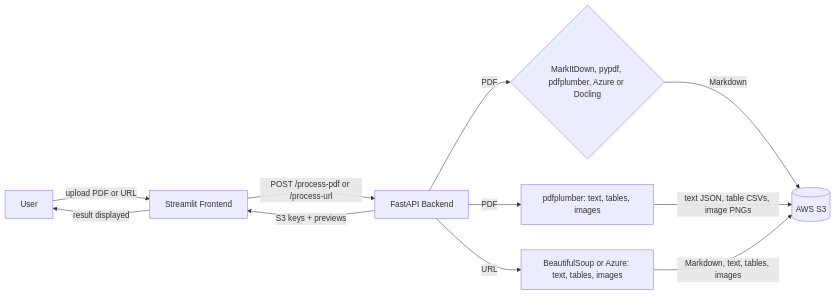
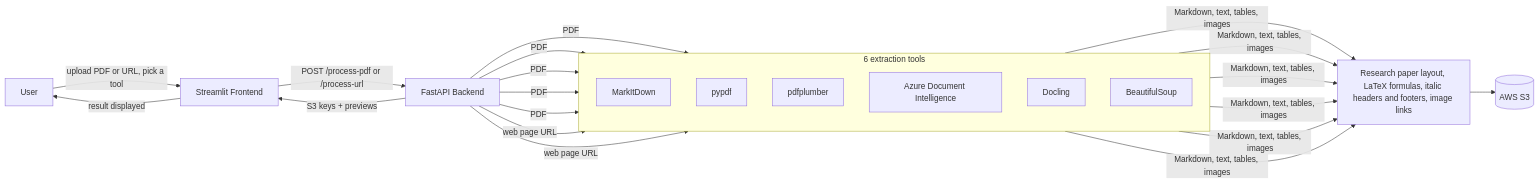
One commit to sarahk15-king/unstructured-data-ingestion-pipeline changed the diagram in README.md. Above: the diagram before and after it, drawn with Mermaid. The commit also changed other lines of this file, not shown here.

Commit message:
Update README.md
Added section on handling research papers and updated architecture details.

````diff
--- a/README.md
+++ b/README.md
@@ -34,13 +48,23 @@
 ```mermaid
 flowchart LR
-    U[User] -->|upload PDF or URL| S[Streamlit Frontend]
+    U[User] -->|upload PDF or URL, pick a tool| S[Streamlit Frontend]
     S -->|POST /process-pdf or /process-url| A[FastAPI Backend]
-    A -->|PDF| D{MarkItDown, pypdf, pdfplumber, Azure or Docling}
-    A -->|PDF| P[pdfplumber: text, tables, images]
-    A -->|URL| W[BeautifulSoup or Azure: text, tables, images]
-    D -->|Markdown| B[(AWS S3)]
-    P -->|text JSON, table CSVs, image PNGs| B
-    W -->|Markdown, text, tables, images| B
+
+    subgraph T[6 extraction tools]
+        direction TB
+        T1[MarkItDown]
+        T2[pypdf]
+        T3[pdfplumber]
+        T4[Azure Document Intelligence]
+        T5[Docling]
+        T6[BeautifulSoup]
+    end
+
+    A -->|PDF| T1 & T2 & T3 & T4 & T5
+    A -->|web page URL| T6
+    A -->|web page URL| T4
+    T1 & T2 & T3 & T4 & T5 & T6 -->|Markdown, text, tables, images| R[Research paper layout, LaTeX formulas, italic headers and footers, image links]
+    R --> B[(AWS S3)]
     A -->|S3 keys + previews| S
     S -->|result displayed| U
 ```
````
